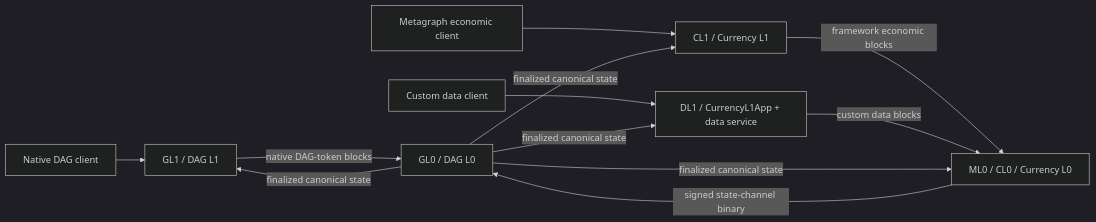
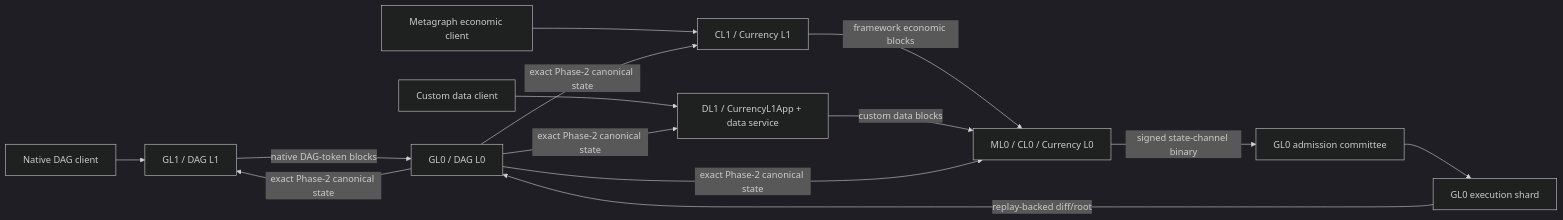
The first of 4 diagrams in docs/CODEBASE_MAP.md (ottobot-ai/tessellation), drawn with Mermaid (dark theme) before and after one commit. The commit also changed other lines of this file and 277 other files, not shown here.

````diff
--- a/docs/CODEBASE_MAP.md
+++ b/docs/CODEBASE_MAP.md
@@ -15,16 +22,18 @@
 ```mermaid
 flowchart LR
     Client[Native DAG client] --> GL1[GL1 / DAG L1]
     GL1 -->|native DAG-token blocks| GL0[GL0 / DAG L0]
 
     Econ[Metagraph economic client] --> CL1[CL1 / Currency L1]
     Data[Custom data client] --> DL1[DL1 / CurrencyL1App + data service]
     CL1 -->|framework economic blocks| ML0[ML0 / CL0 / Currency L0]
     DL1 -->|custom data blocks| ML0
-    ML0 -->|signed state-channel binary| GL0
+    ML0 -->|signed state-channel binary| ADM[GL0 admission committee]
+    ADM --> SHARD[GL0 execution shard]
+    SHARD -->|replay-backed diff/root| GL0
 
-    GL0 -->|finalized canonical state| GL1
-    GL0 -->|finalized canonical state| ML0
-    GL0 -->|finalized canonical state| CL1
-    GL0 -->|finalized canonical state| DL1
+    GL0 -->|exact Phase-2 canonical state| GL1
+    GL0 -->|exact Phase-2 canonical state| ML0
+    GL0 -->|exact Phase-2 canonical state| CL1
+    GL0 -->|exact Phase-2 canonical state| DL1
 ```
````
